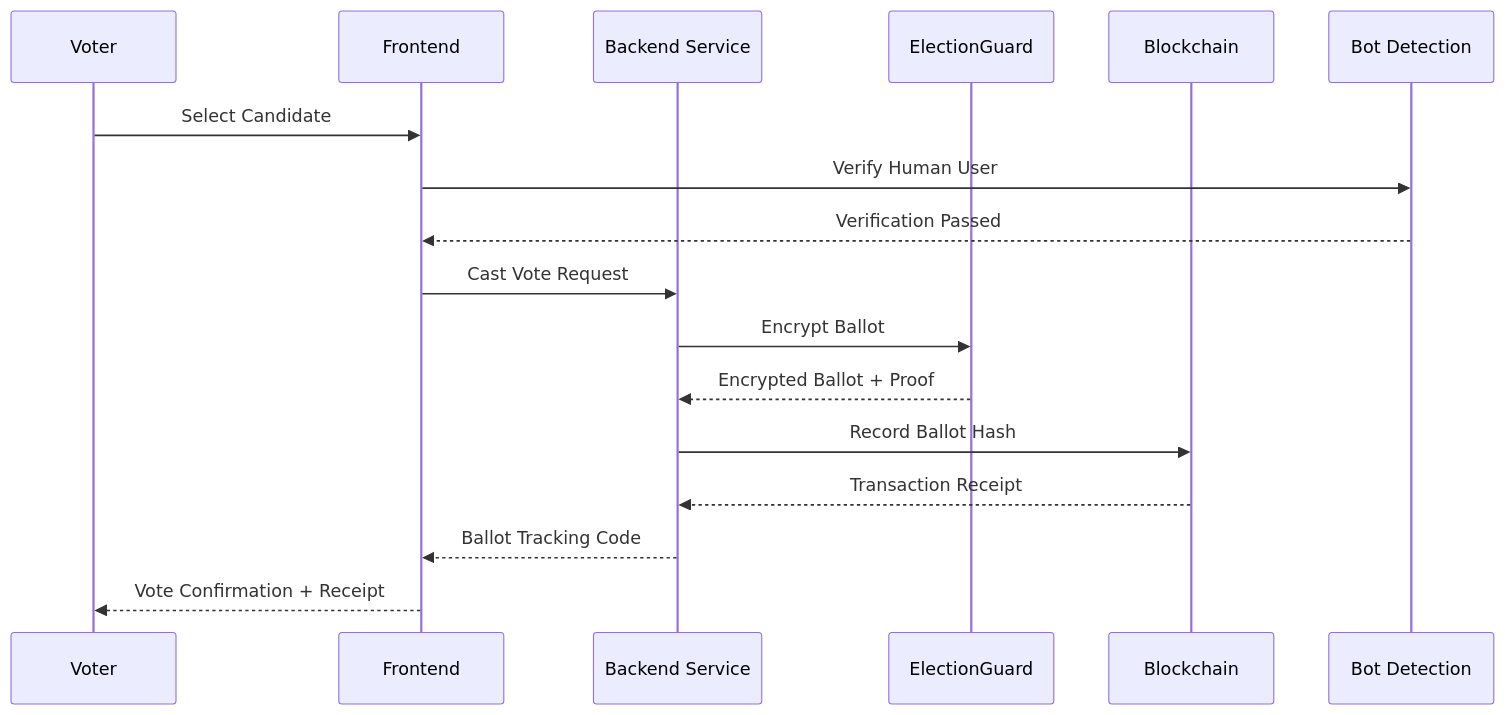
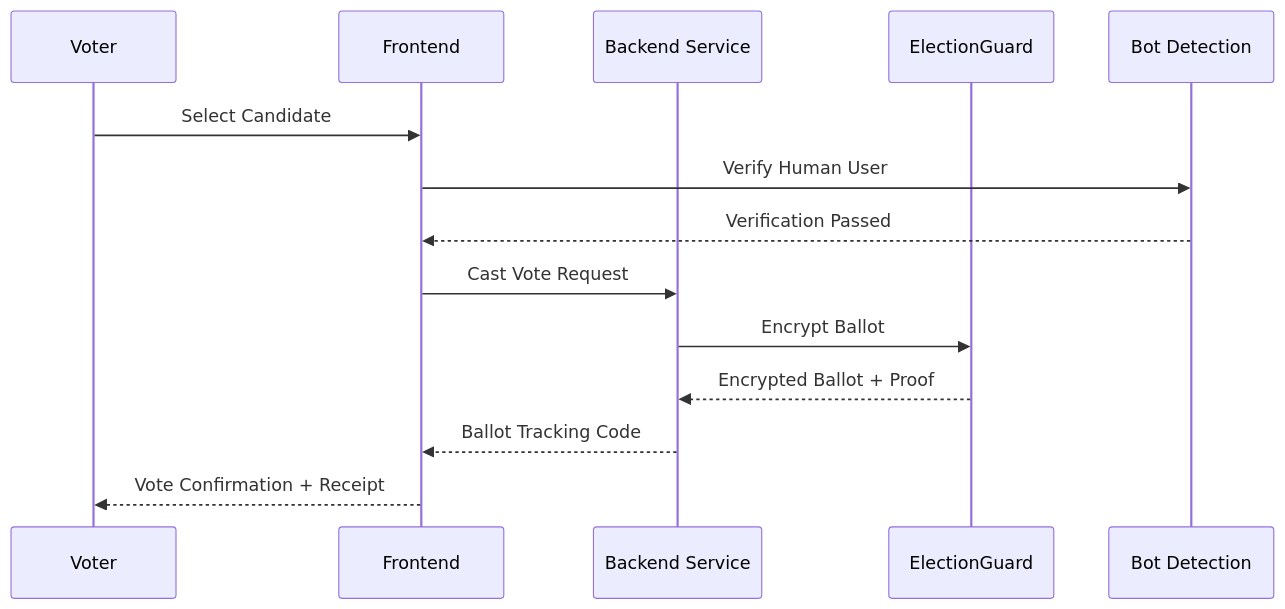
The second of 3 diagrams in README.md (TAR2003/AmarVote), drawn with Mermaid before and after one commit. The commit also changed other lines of this file and 34 other files, not shown here.

````diff
--- a/README.md
+++ b/README.md
@@ -312,20 +283,17 @@
 ```mermaid
 sequenceDiagram
     participant Voter as Voter
     participant Frontend as Frontend
     participant Backend as Backend Service
     participant EG as ElectionGuard
-    participant BC as Blockchain
     participant Bot as Bot Detection
 
     Voter->>Frontend: Select Candidate
     Frontend->>Bot: Verify Human User
     Bot-->>Frontend: Verification Passed
     Frontend->>Backend: Cast Vote Request
     Backend->>EG: Encrypt Ballot
     EG-->>Backend: Encrypted Ballot + Proof
-    Backend->>BC: Record Ballot Hash
-    BC-->>Backend: Transaction Receipt
     Backend-->>Frontend: Ballot Tracking Code
     Frontend-->>Voter: Vote Confirmation + Receipt
 ```
````
